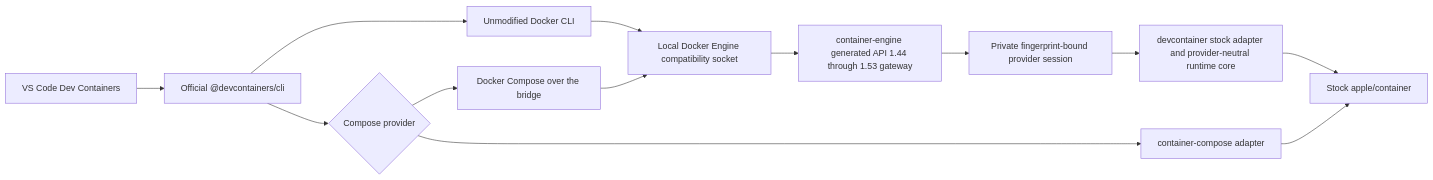
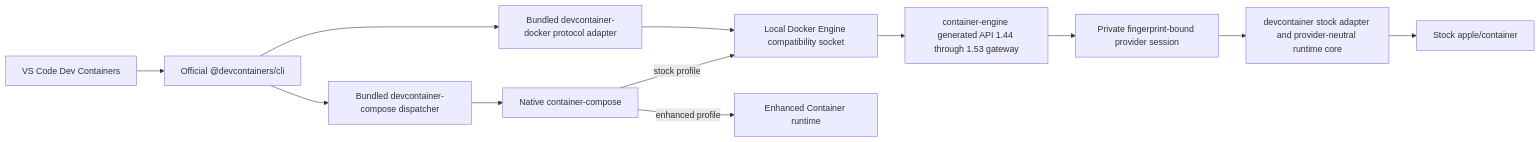
One commit to stephenlclarke/devcontainer changed the diagram in README.md. Above: the diagram before and after it, drawn with Mermaid. The commit also changed other lines of this file and 43 other files, not shown here.

Commit message:
feat(runtime): eliminate Docker product dependencies

````diff
--- a/README.md
+++ b/README.md
@@ -63,15 +63,14 @@
 ```mermaid
 flowchart LR
     VS["VS Code Dev Containers"] --> DC["Official @devcontainers/cli"]
-    DC --> Docker["Unmodified Docker CLI"]
-    Docker --> API["Local Docker Engine compatibility socket"]
+    DC --> Adapter["Bundled devcontainer-docker protocol adapter"]
+    Adapter --> API["Local Docker Engine compatibility socket"]
     API --> Shared["container-engine generated API 1.44 through 1.53 gateway"]
     Shared --> Session["Private fingerprint-bound provider session"]
     Session --> Core["devcontainer stock adapter and provider-neutral runtime core"]
     Core --> Stock["Stock apple/container"]
-    DC --> ComposeChoice{"Compose provider"}
-    ComposeChoice --> DockerCompose["Docker Compose over the bridge"]
-    ComposeChoice --> ContainerCompose["container-compose adapter"]
-    DockerCompose --> API
-    ContainerCompose --> Stock
+    DC --> ContainerCompose["Bundled devcontainer-compose dispatcher"]
+    ContainerCompose --> NativeCompose["Native container-compose"]
+    NativeCompose -->|stock profile| API
+    NativeCompose -->|enhanced profile| Enhanced["Enhanced Container runtime"]
 ```
````
